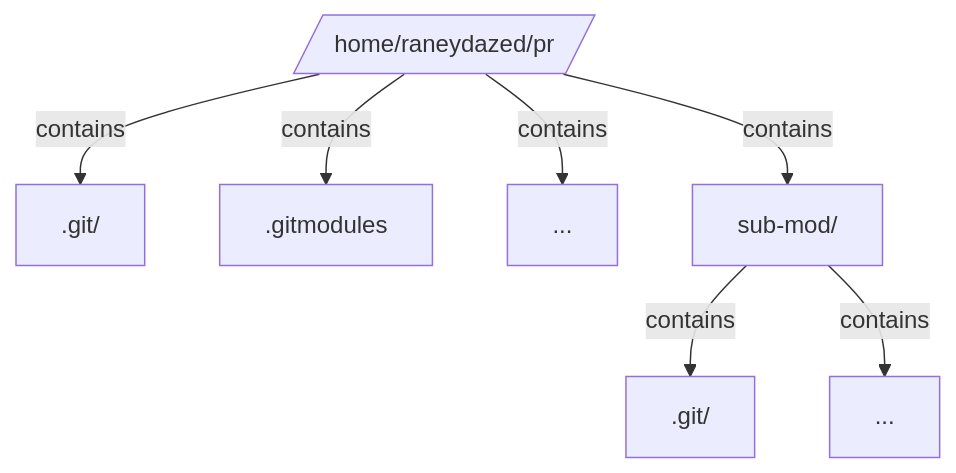
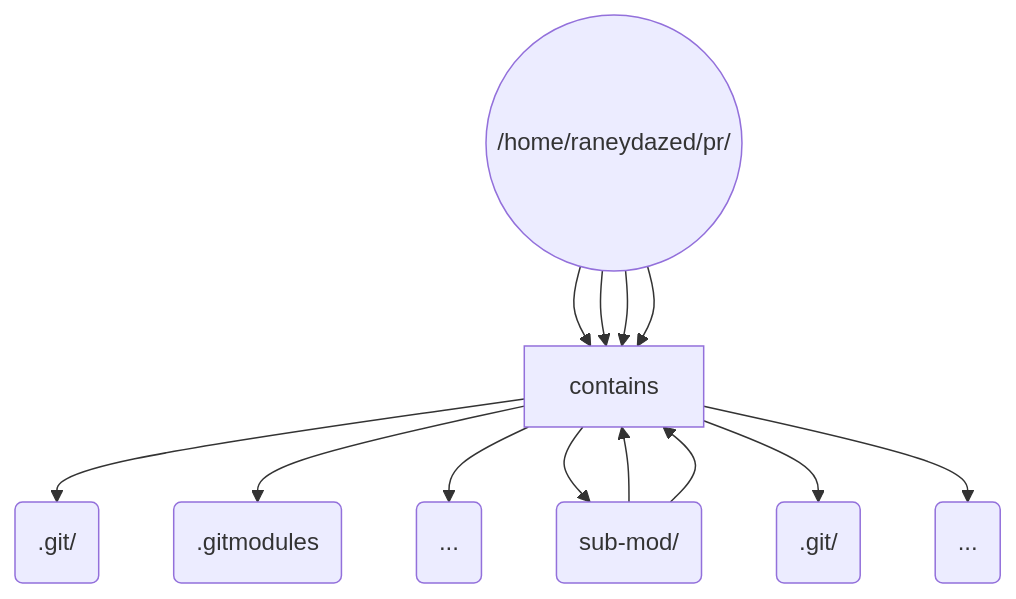
Before and after one commit to Raney-org/mkdocs-material: the second of 2 diagrams in docs/code/mermaid-test.md, drawn with Mermaid.

Commit message:
update diagram

````diff
--- a/docs/code/mermaid-test.md
+++ b/docs/code/mermaid-test.md
@@ -25,9 +25,9 @@
 ``` mermaid
-graph TD
-A[/home/raneydazed/pr/] -->|contains| B[.git/]
-A[/home/raneydazed/pr/] -->|contains| C[.gitmodules]
-A[/home/raneydazed/pr/] -->|contains| D[...]
-A[/home/raneydazed/pr/] -->|contains| E[sub-mod/]
-E[sub-mod/] -->|contains| F[.git/]
-E[sub-mod/] -->|contains| G[...]
+graph TD;
+A((/home/raneydazed/pr/)) --> contains --> B(.git/)
+A((/home/raneydazed/pr/)) --> contains --> C(.gitmodules)
+A((/home/raneydazed/pr/)) --> contains --> D(...)
+A((/home/raneydazed/pr/)) --> contains --> E(sub-mod/)
+E(sub-mod/) --> contains --> F(.git/)
+E(sub-mod/) --> contains --> G(...)
 ```
````
